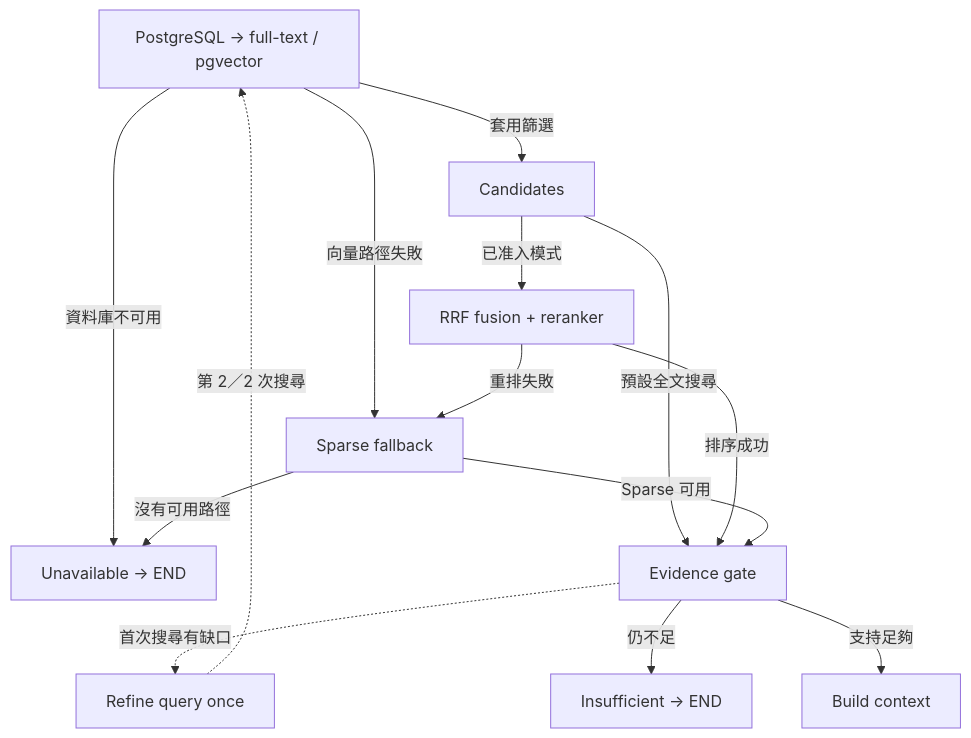
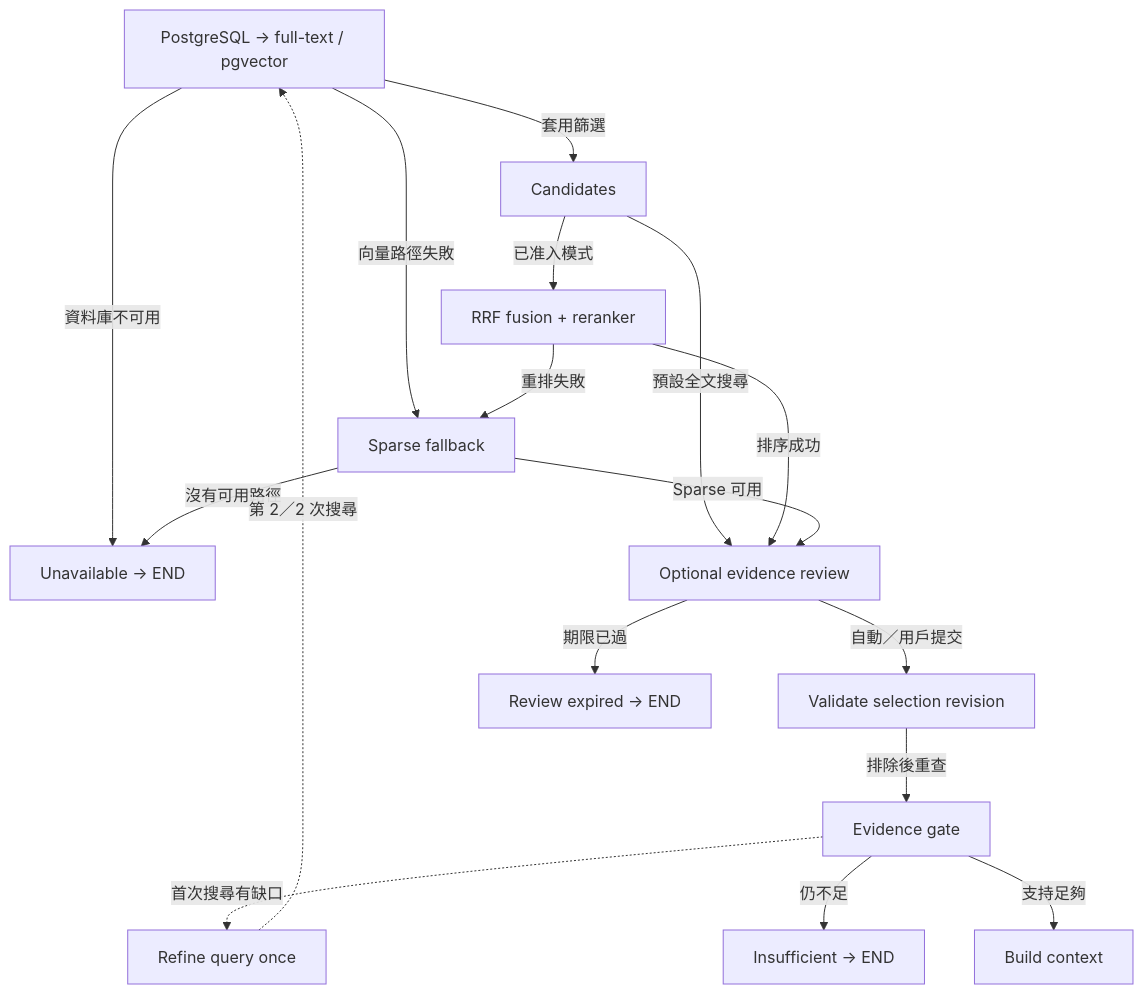
Before and after one commit to ByronHo68/ai-learning-academy: the diagram in public/downloads/finance-diagrams/retrieval-zh.mmd, drawn with Mermaid. The commit also changed 64 other files, not shown here.

Commit message:
Add optional evidence review to stock research workflow and guide

```diff
--- a/public/downloads/finance-diagrams/retrieval-zh.mmd
+++ b/public/downloads/finance-diagrams/retrieval-zh.mmd
@@ -1,23 +1,29 @@
 flowchart TD
   n0["PostgreSQL → full-text / pgvector"]
   n1["Unavailable → END"]
   n2["Candidates"]
-  n3["Evidence gate"]
+  n3["Optional evidence review"]
   n4["RRF fusion + reranker"]
   n5["Sparse fallback"]
-  n6["Refine query once"]
-  n7["Insufficient → END"]
-  n8["Build context"]
+  n6["Validate selection revision"]
+  n7["Review expired → END"]
+  n8["Evidence gate"]
+  n9["Refine query once"]
+  n10["Insufficient → END"]
+  n11["Build context"]
   n0 -- "資料庫不可用" --> n1
   n0 -- "套用篩選" --> n2
   n2 -- "預設全文搜尋" --> n3
   n2 -- "已准入模式" --> n4
   n4 -- "排序成功" --> n3
   n0 -- "向量路徑失敗" --> n5
   n4 -- "重排失敗" --> n5
   n5 -- "Sparse 可用" --> n3
+  n3 -- "自動／用戶提交" --> n6
+  n3 -- "期限已過" --> n7
+  n6 -- "排除後重查" --> n8
   n5 -- "沒有可用路徑" --> n1
-  n3 -. "首次搜尋有缺口" .-> n6
-  n6 -. "第 2／2 次搜尋" .-> n0
-  n3 -- "仍不足" --> n7
-  n3 -- "支持足夠" --> n8
+  n8 -. "首次搜尋有缺口" .-> n9
+  n9 -. "第 2／2 次搜尋" .-> n0
+  n8 -- "仍不足" --> n10
+  n8 -- "支持足夠" --> n11
```
